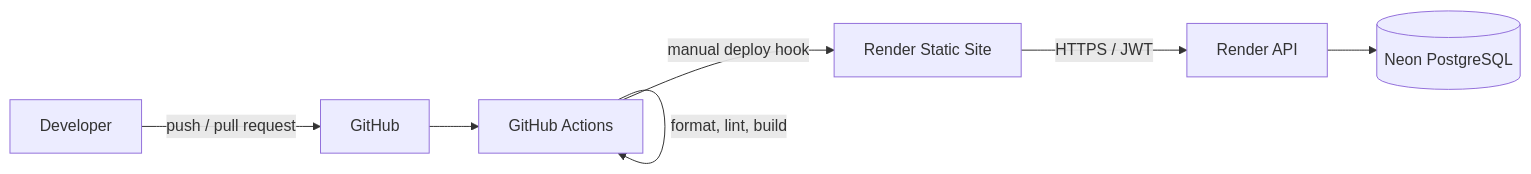
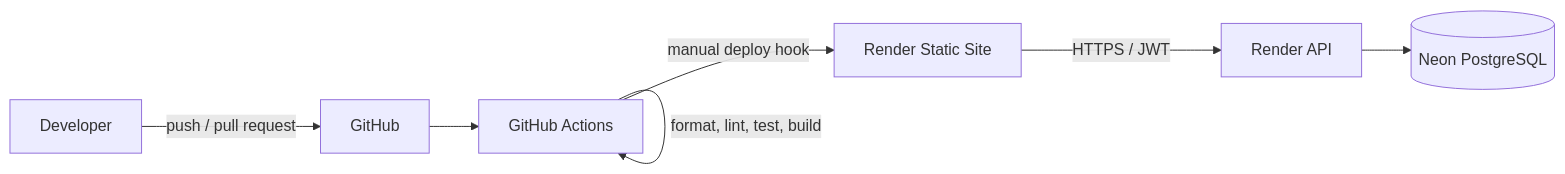
One commit to gustid/interview-lab-web changed the third of 3 diagrams in README.md. Above: the diagram before and after it, drawn with Mermaid. The commit also changed other lines of this file and 7 other files, not shown here.

````diff
--- a/README.md
+++ b/README.md
@@ -297,16 +313,16 @@
 ```mermaid
 flowchart LR
     Developer["Developer"]
     GitHub["GitHub"]
     Actions["GitHub Actions"]
     RenderWeb["Render Static Site"]
     RenderAPI["Render API"]
     Neon[("Neon PostgreSQL")]
 
     Developer -->|"push / pull request"| GitHub
     GitHub --> Actions
-    Actions -->|"format, lint, build"| Actions
+    Actions -->|"format, lint, test, build"| Actions
     Actions -->|"manual deploy hook"| RenderWeb
     RenderWeb -->|"HTTPS / JWT"| RenderAPI
     RenderAPI --> Neon
 ```
````
